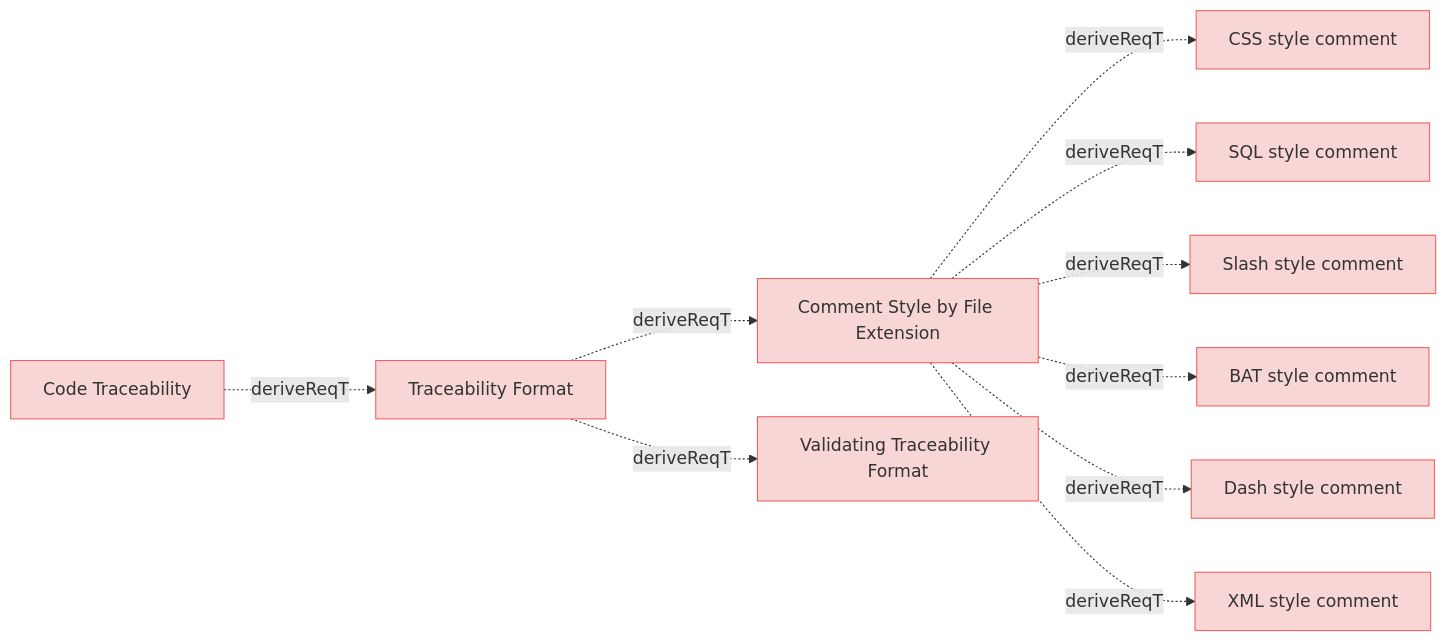
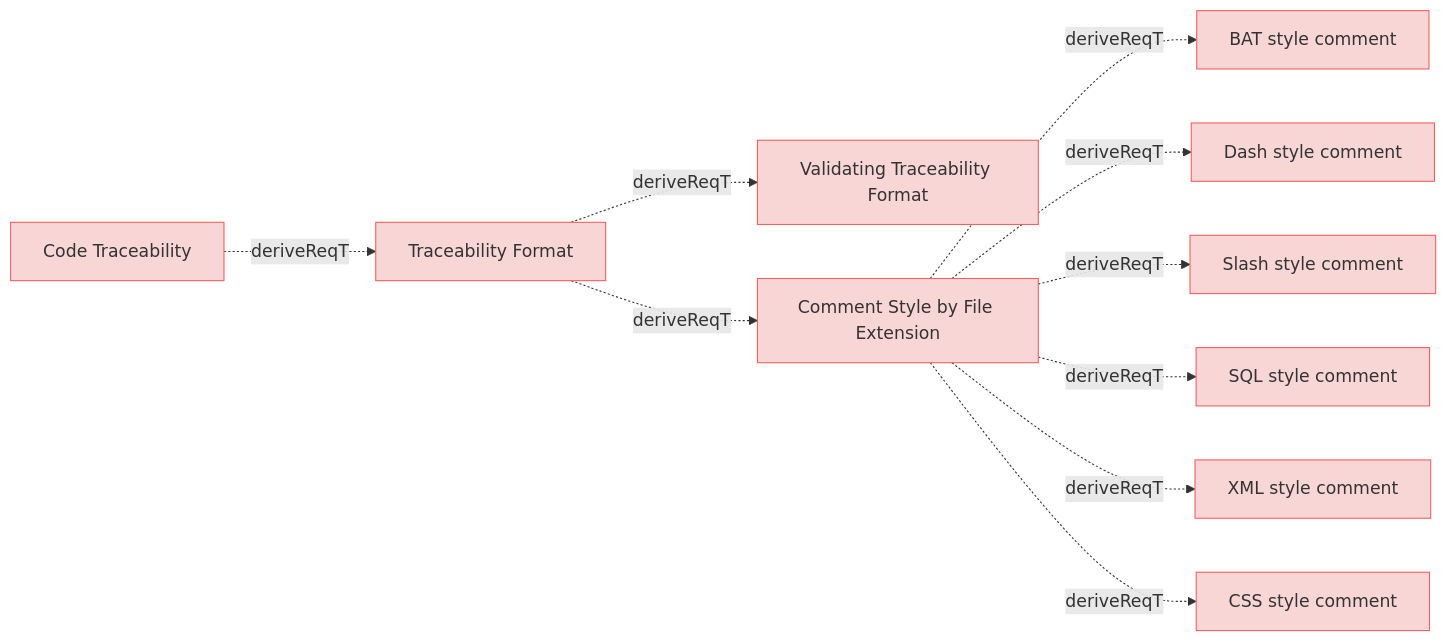
Before and after one commit to reqvire-org/reqvire: the diagram in specifications/CodeTraecabilityRequirements.md, drawn with Mermaid. The commit also changed other lines of this file and 26 other files, not shown here.

````diff
--- a/specifications/CodeTraecabilityRequirements.md
+++ b/specifications/CodeTraecabilityRequirements.md
@@ -4,49 +4,49 @@
 ```mermaid
 graph LR;
   %% REQVIRE-AUTOGENERATED-DIAGRAM
   %% Graph styling
   classDef userRequirement fill:#f9d6d6,stroke:#f55f5f,stroke-width:1px;
   classDef systemRequirement fill:#fce4e4,stroke:#e68a8a,stroke-width:1px;
   classDef verification fill:#d6f9d6,stroke:#5fd75f,stroke-width:1px;
   classDef default fill:#f5f5f5,stroke:#333333,stroke-width:1px;
 
+  3db41d3530e56596["Validating Traceability Format"];
+  class 3db41d3530e56596 userRequirement;
+  click 3db41d3530e56596 "CodeTraecabilityRequirements.md#validating-traceability-format";
+  7fdde6a23819450b["BAT style comment"];
+  class 7fdde6a23819450b userRequirement;
+  click 7fdde6a23819450b "CodeTraecabilityRequirements.md#bat-style-comment";
+  be41c3d9e39abe6f["Dash style comment"];
+  class be41c3d9e39abe6f userRequirement;
+  click be41c3d9e39abe6f "CodeTraecabilityRequirements.md#dash-style-comment";
+  99c4cc438042d855["Slash style comment"];
+  class 99c4cc438042d855 userRequirement;
+  click 99c4cc438042d855 "CodeTraecabilityRequirements.md#slash-style-comment";
+  39fc946195c12956["SQL style comment"];
+  class 39fc946195c12956 userRequirement;
+  click 39fc946195c12956 "CodeTraecabilityRequirements.md#sql-style-comment";
+  474c97b7d0029622["XML style comment"];
+  class 474c97b7d0029622 userRequirement;
+  click 474c97b7d0029622 "CodeTraecabilityRequirements.md#xml-style-comment";
+  9314736a59776478["Traceability Format"];
+  class 9314736a59776478 userRequirement;
+  click 9314736a59776478 "CodeTraecabilityRequirements.md#traceability-format";
+  9314736a59776478 -.->|deriveReqT| 3db41d3530e56596;
+  f4c09ad7359812ff["Comment Style by File Extension"];
+  class f4c09ad7359812ff userRequirement;
+  click f4c09ad7359812ff "CodeTraecabilityRequirements.md#comment-style-by-file-extension";
+  9314736a59776478 -.->|deriveReqT| f4c09ad7359812ff;
+  f4c09ad7359812ff -.->|deriveReqT| 7fdde6a23819450b;
+  f4c09ad7359812ff -.->|deriveReqT| be41c3d9e39abe6f;
+  f4c09ad7359812ff -.->|deriveReqT| 99c4cc438042d855;
+  f4c09ad7359812ff -.->|deriveReqT| 39fc946195c12956;
+  f4c09ad7359812ff -.->|deriveReqT| 474c97b7d0029622;
   a91fc474f292f1c9["CSS style comment"];
   class a91fc474f292f1c9 userRequirement;
   click a91fc474f292f1c9 "CodeTraecabilityRequirements.md#css-style-comment";
-  f4c09ad7359812ff["Comment Style by File Extension"];
-  class f4c09ad7359812ff userRequirement;
-  click f4c09ad7359812ff "CodeTraecabilityRequirements.md#comment-style-by-file-extension";
   f4c09ad7359812ff -.->|deriveReqT| a91fc474f292f1c9;
-  39fc946195c12956["SQL style comment"];
-  class 39fc946195c12956 userRequirement;
-  click 39fc946195c12956 "CodeTraecabilityRequirements.md#sql-style-comment";
-  f4c09ad7359812ff -.->|deriveReqT| 39fc946195c12956;
-  99c4cc438042d855["Slash style comment"];
-  class 99c4cc438042d855 userRequirement;
-  click 99c4cc438042d855 "CodeTraecabilityRequirements.md#slash-style-comment";
-  f4c09ad7359812ff -.->|deriveReqT| 99c4cc438042d855;
-  7fdde6a23819450b["BAT style comment"];
-  class 7fdde6a23819450b userRequirement;
-  click 7fdde6a23819450b "CodeTraecabilityRequirements.md#bat-style-comment";
-  f4c09ad7359812ff -.->|deriveReqT| 7fdde6a23819450b;
-  be41c3d9e39abe6f["Dash style comment"];
-  class be41c3d9e39abe6f userRequirement;
-  click be41c3d9e39abe6f "CodeTraecabilityRequirements.md#dash-style-comment";
-  f4c09ad7359812ff -.->|deriveReqT| be41c3d9e39abe6f;
-  474c97b7d0029622["XML style comment"];
-  class 474c97b7d0029622 userRequirement;
-  click 474c97b7d0029622 "CodeTraecabilityRequirements.md#xml-style-comment";
-  f4c09ad7359812ff -.->|deriveReqT| 474c97b7d0029622;
-  9314736a59776478["Traceability Format"];
-  class 9314736a59776478 userRequirement;
-  click 9314736a59776478 "CodeTraecabilityRequirements.md#traceability-format";
-  9314736a59776478 -.->|deriveReqT| f4c09ad7359812ff;
-  3db41d3530e56596["Validating Traceability Format"];
-  class 3db41d3530e56596 userRequirement;
-  click 3db41d3530e56596 "CodeTraecabilityRequirements.md#validating-traceability-format";
-  9314736a59776478 -.->|deriveReqT| 3db41d3530e56596;
   26ca72b617aff229["Code Traceability"];
   class 26ca72b617aff229 userRequirement;
   click 26ca72b617aff229 "UserRequirements.md#code-traceability";
   26ca72b617aff229 -.->|deriveReqT| 9314736a59776478;
 ```
````
